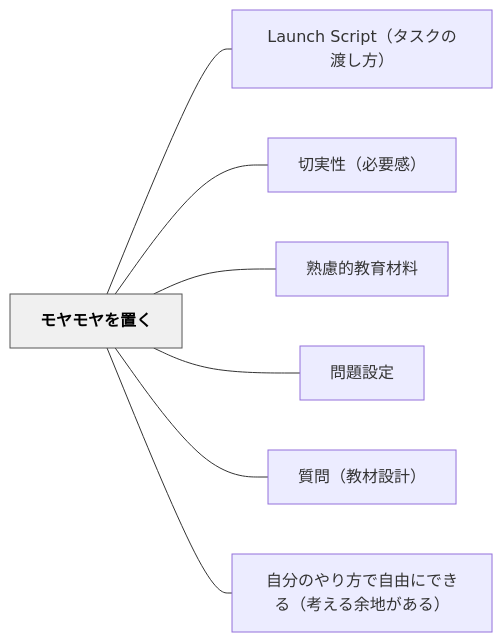
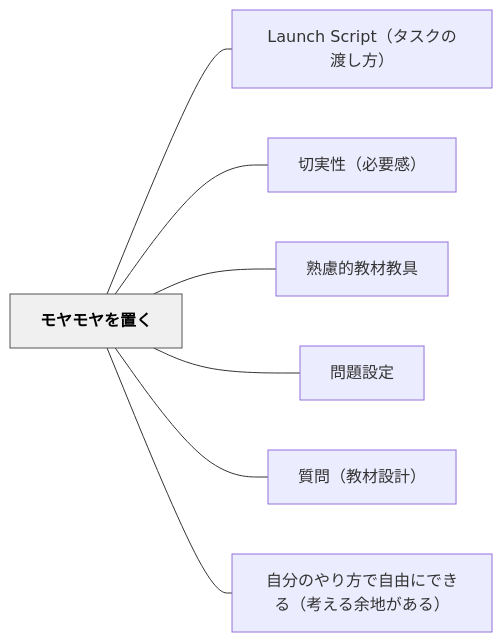
One commit to unknownthings-ed-patterns/unknownthings-ed-patterns changed the diagram in content/パタン/モヤモヤを置く.md. Above: the diagram before and after it, drawn with Mermaid. The commit also changed other lines of this file and 72 other files, not shown here.

````diff
--- a/content/パタン/モヤモヤを置く.md
+++ b/content/パタン/モヤモヤを置く.md
@@ -47,20 +47,20 @@
 ```mermaid
 flowchart LR
     ne383a2e383a4e383a2e383a4e38292e7bdaee3818f["モヤモヤを置く"]
     n4c61756e636820536372697074efbc88e382bfe382b9e382afe381aee6b8a1e38197e696b9efbc89["Launch Script（タスクの渡し方）"]
     ne58887e5ae9fe680a7efbc88e5bf85e8a681e6849fefbc89["切実性（必要感）"]
-    ne7869fe685aee79a84e69599e882b2e69d90e69699["熟慮的教育材料"]
+    ne7869fe685aee79a84e69599e69d90e69599e585b7["熟慮的教材教具"]
     ne5958fe9a18ce8a8ade5ae9a["問題設定"]
     ne8b3aae5958fefbc88e69599e69d90e8a8ade8a888efbc89["質問（教材設計）"]
     ne887aae58886e381aee38284e3828ae696b9e381a7e887aae794b1e381abe381a7e3818de3828befbc88e88083e38188e3828be4bd99e59cb0e3818ce38182e3828befbc89["自分のやり方で自由にできる（考える余地がある）"]
 
     ne383a2e383a4e383a2e383a4e38292e7bdaee3818f --- n4c61756e636820536372697074efbc88e382bfe382b9e382afe381aee6b8a1e38197e696b9efbc89
     ne383a2e383a4e383a2e383a4e38292e7bdaee3818f --- ne58887e5ae9fe680a7efbc88e5bf85e8a681e6849fefbc89
-    ne383a2e383a4e383a2e383a4e38292e7bdaee3818f --- ne7869fe685aee79a84e69599e882b2e69d90e69699
+    ne383a2e383a4e383a2e383a4e38292e7bdaee3818f --- ne7869fe685aee79a84e69599e69d90e69599e585b7
     ne383a2e383a4e383a2e383a4e38292e7bdaee3818f --- ne5958fe9a18ce8a8ade5ae9a
     ne383a2e383a4e383a2e383a4e38292e7bdaee3818f --- ne8b3aae5958fefbc88e69599e69d90e8a8ade8a888efbc89
     ne383a2e383a4e383a2e383a4e38292e7bdaee3818f --- ne887aae58886e381aee38284e3828ae696b9e381a7e887aae794b1e381abe381a7e3818de3828befbc88e88083e38188e3828be4bd99e59cb0e3818ce38182e3828befbc89
 
     classDef hub fill:#f0f0f0,stroke:#555,color:#000,font-weight:bold
     class ne383a2e383a4e383a2e383a4e38292e7bdaee3818f hub
 ```
````
